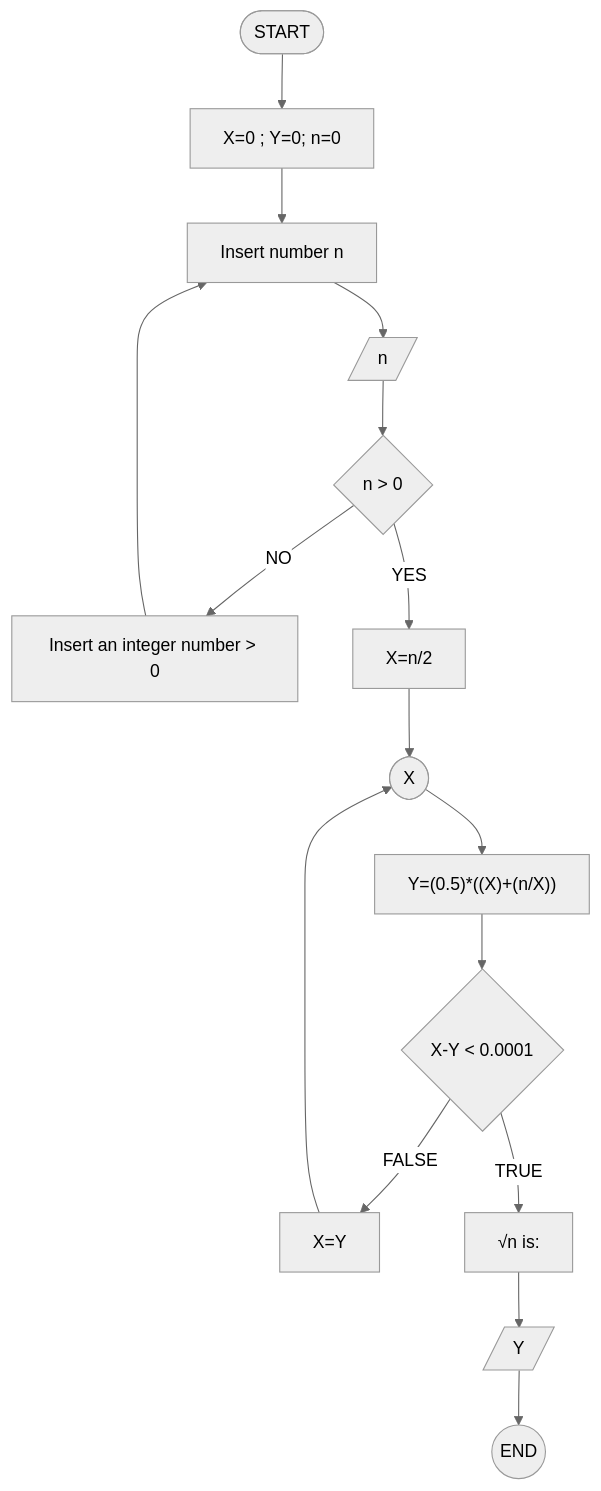
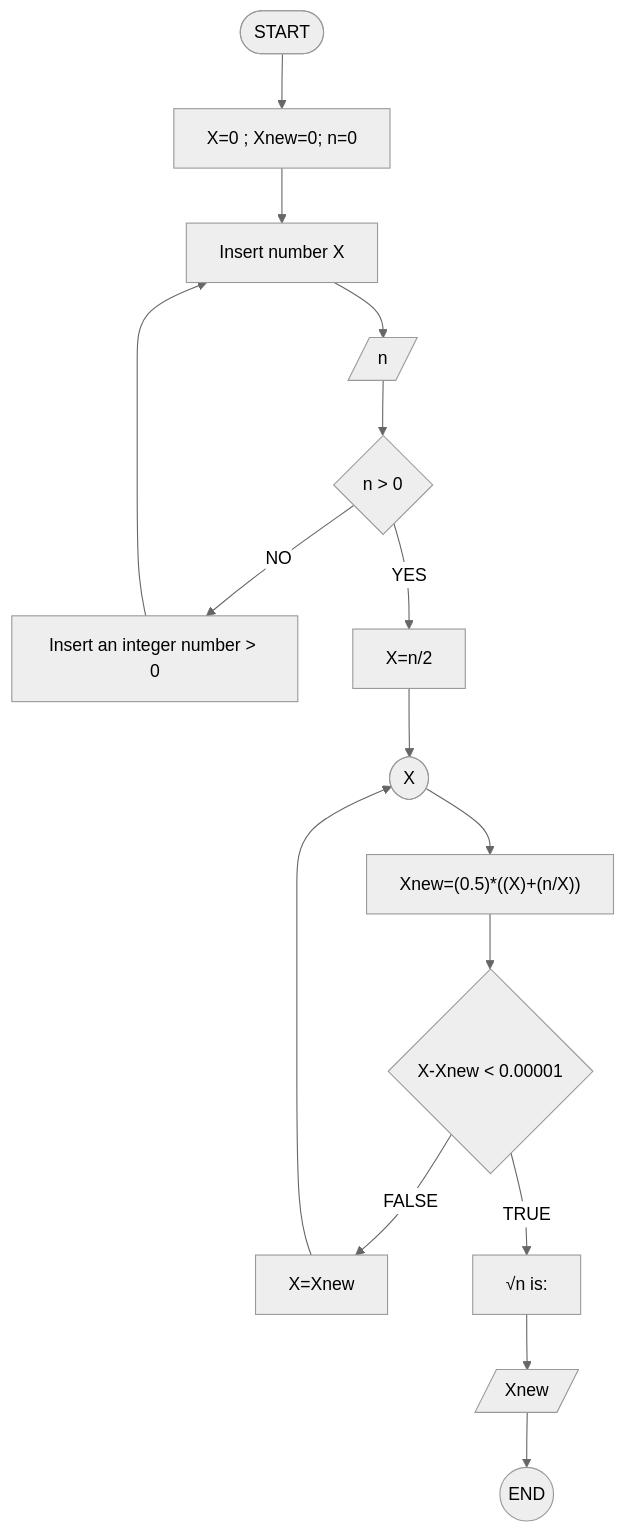
Before and after one commit to MariaAleja05/Reto3_AlgoritmosEternos: the second of 2 diagrams in README.md, drawn with Mermaid (neutral theme). The commit also changed other lines of this file, not shown here.

````diff
--- a/README.md
+++ b/README.md
@@ -86,18 +90,18 @@
 ```mermaid
 flowchart TB;
-    A([START])--> B["X=0 ; Y=0; n=0"]
-    B --> C["Insert number n"]
+    A([START])--> B["X=0 ; Xnew=0; n=0"]
+    B --> C["Insert number X"]
     C --> D[/n/]
     D --> E{"n > 0"}
     E -->|NO| F["Insert an integer number > 0"]
     F ----> C
     E -->|YES| H["X=n/2"]
     H --> Z([X])
-    Z --> J["Y=(0.5)*((X)+(n/X))"]
-    J --> I{"X-Y < 0.0001"}
-    I -- FALSE --> K["X=Y"]
+    Z --> J["Xnew=(0.5)*((X)+(n/X))"]
+    J --> I{"X-Xnew < 0.00001"}
+    I -- FALSE --> K["X=Xnew"]
     K --> Z
     I -- TRUE --> M["√n is:"]
-    M --> N[/Y/]
+    M --> N[/Xnew/]
     N --> O((END))
 ```
````
